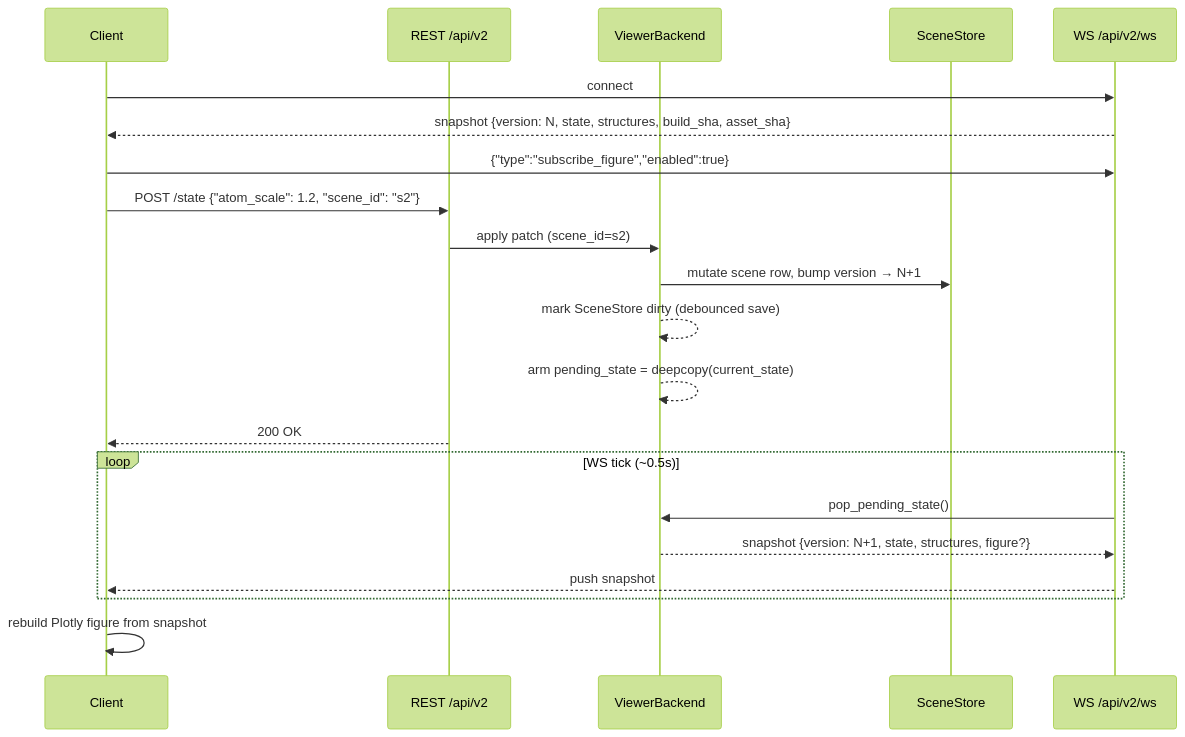
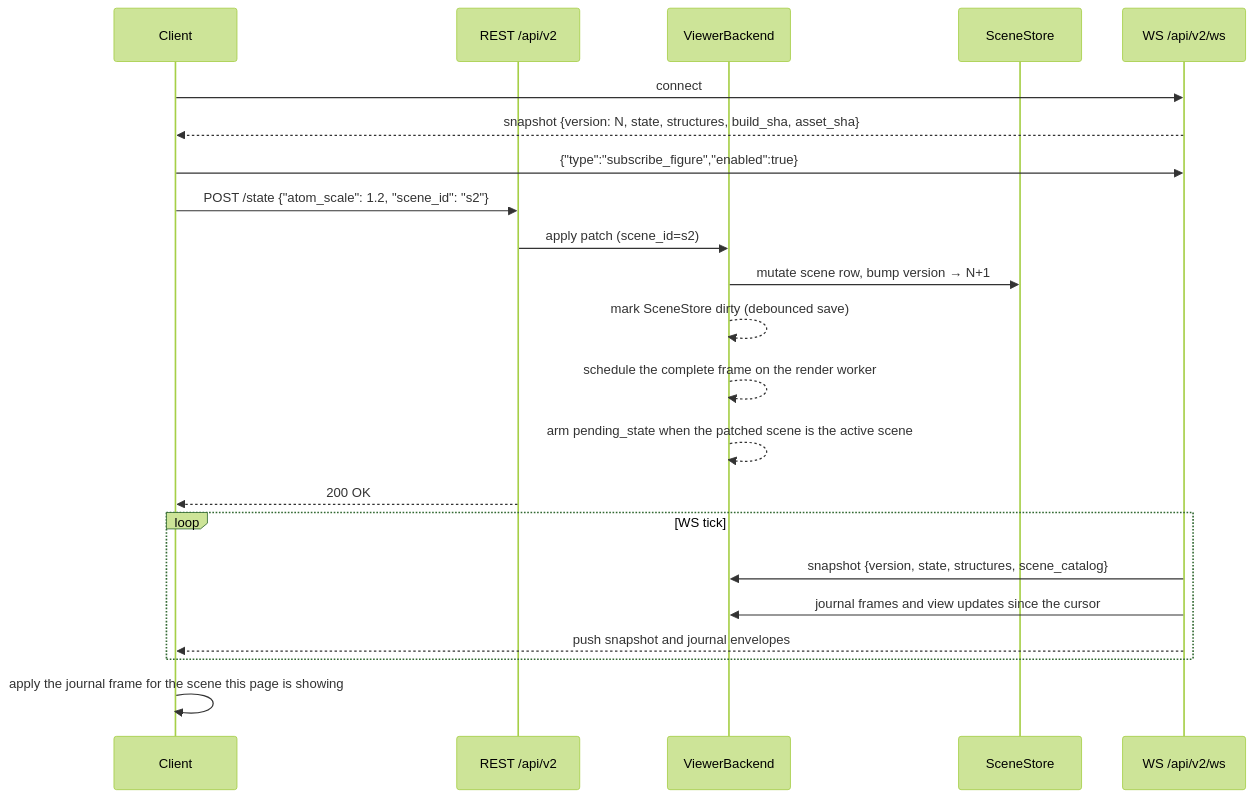
The second of 3 diagrams in docs/agents/dash_service.md (SchrodingersCattt/MatterVis), drawn with Mermaid (forest theme) before and after one commit. The commit also changed other lines of this file and 26 other files, not shown here.

````diff
--- a/docs/agents/dash_service.md
+++ b/docs/agents/dash_service.md
@@ -93,27 +95,28 @@
 ```mermaid
 sequenceDiagram
     participant C as Client
     participant API as REST /api/v2
     participant B as ViewerBackend
     participant S as SceneStore
     participant W as WS /api/v2/ws
 
     C->>W: connect
     W-->>C: snapshot {version: N, state, structures, build_sha, asset_sha}
     C->>W: {"type":"subscribe_figure","enabled":true}
 
     C->>API: POST /state {"atom_scale": 1.2, "scene_id": "s2"}
     API->>B: apply patch (scene_id=s2)
     B->>S: mutate scene row, bump version → N+1
     B-->>B: mark SceneStore dirty (debounced save)
-    B-->>B: arm pending_state = deepcopy(current_state)
+    B-->>B: schedule the complete frame on the render worker
+    B-->>B: arm pending_state when the patched scene is the active scene
     API-->>C: 200 OK
 
-    loop WS tick (~0.5s)
-        W->>B: pop_pending_state()
-        B-->>W: snapshot {version: N+1, state, structures, figure?}
-        W-->>C: push snapshot
+    loop WS tick
+        W->>B: snapshot {version, state, structures, scene_catalog}
+        W->>B: journal frames and view updates since the cursor
+        W-->>C: push snapshot and journal envelopes
     end
 
-    C->>C: rebuild Plotly figure from snapshot
+    C->>C: apply the journal frame for the scene this page is showing
 ```
````
